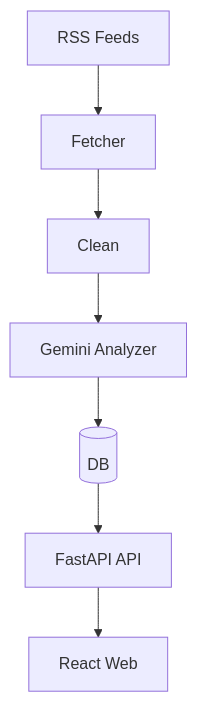
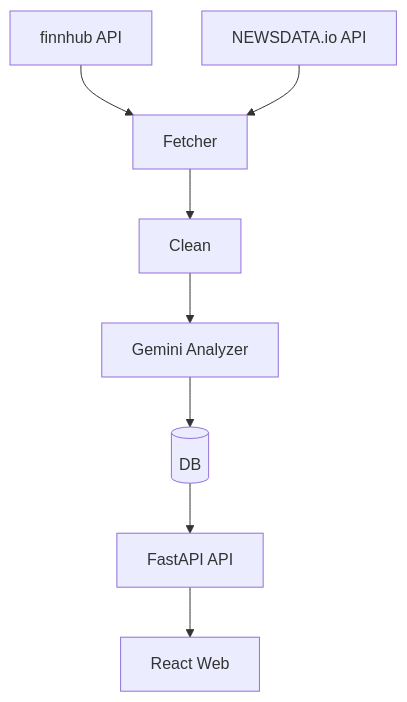
The first of 2 diagrams in README.md (jinw00ch01/ROKEY_news), drawn with Mermaid before and after one commit. The commit also changed other lines of this file and 10 other files, not shown here.

First line of the commit message:
refactor: migrate from RSS to finnhub/NEWSDATA.io APIs

````diff
--- a/README.md
+++ b/README.md
@@ -5,9 +5,10 @@
 ```mermaid
 flowchart TD
-  rss[RSS Feeds] --> fetcher[Fetcher]
+  finnhub[finnhub API] --> fetcher[Fetcher]
+  newsdata[NEWSDATA.io API] --> fetcher
   fetcher --> preprocess[Clean]
   preprocess --> analyzer[Gemini Analyzer]
   analyzer --> db[(DB)]
   db --> api[FastAPI API]
   api --> web[React Web]
 ```
````
